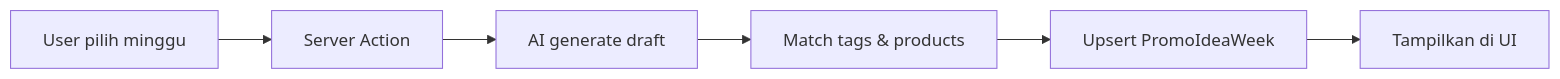
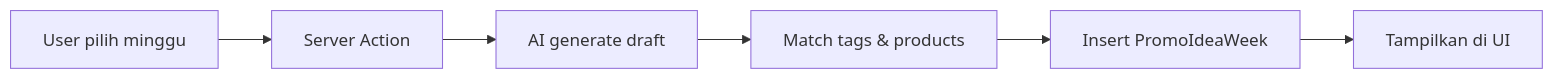
The third of 4 diagrams in README.md (faprikaa/mini-crm), drawn with Mermaid before and after one commit.

Commit message:
docs: Update diagram flow from 'Upsert' to 'Insert' PromoIdeaWeek in README.md.

````diff
--- a/README.md
+++ b/README.md
@@ -187,8 +187,8 @@
 ```mermaid
 flowchart LR
     A["User pilih minggu"] --> B["Server Action"]
     B --> C["AI generate draft"]
     C --> D["Match tags & products"]
-    D --> E["Upsert PromoIdeaWeek"]
+    D --> E["Insert PromoIdeaWeek"]
     E --> F["Tampilkan di UI"]
 ```
````
